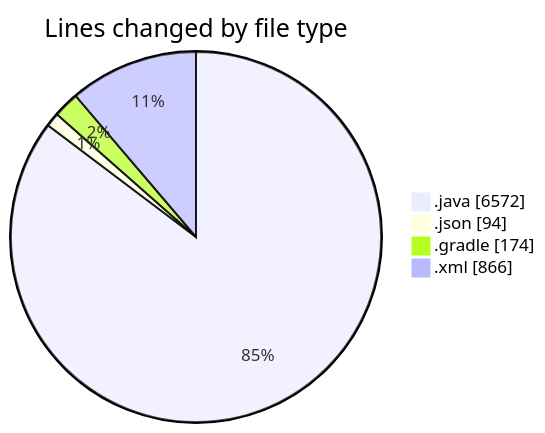
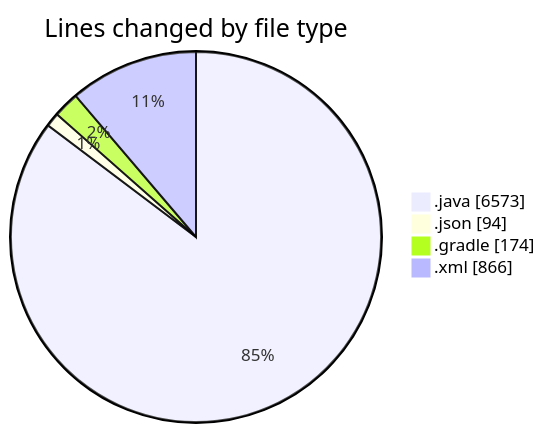
Before and after one commit to charlie-sans/code-tracking: the first of 2 diagrams in 2025-02-22/micros/README.md, drawn with Mermaid. The commit also changed other lines of this file and 1 other file, not shown here.

````diff
--- a/2025-02-22/micros/README.md
+++ b/2025-02-22/micros/README.md
@@ -63,8 +63,8 @@
 ```mermaid
 pie showData
 title Lines changed by file type
-".java" : 6572
+".java" : 6573
 ".json" : 94
 ".gradle" : 174
 ".xml" : 866
 ```
````
